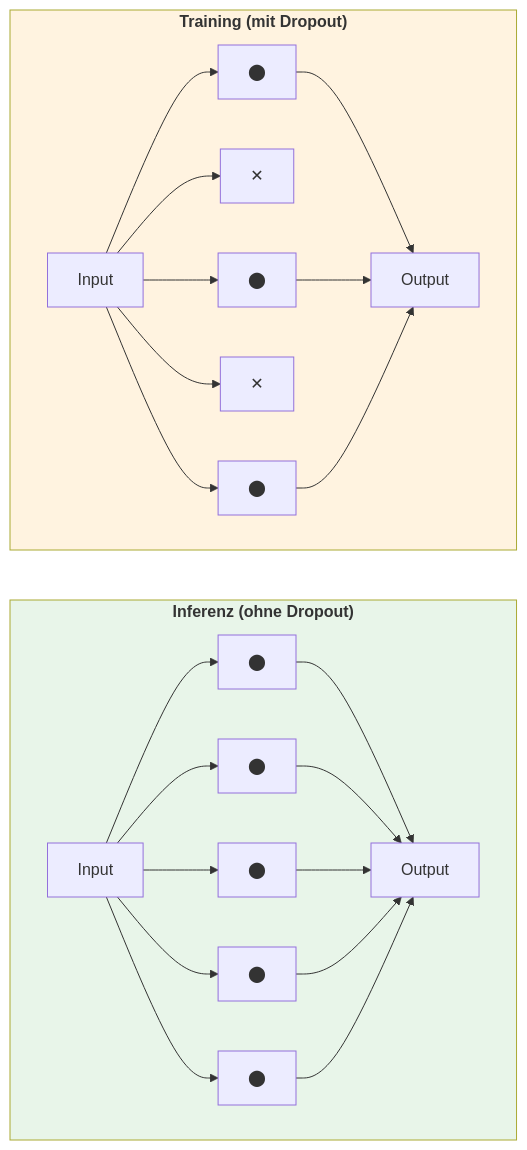
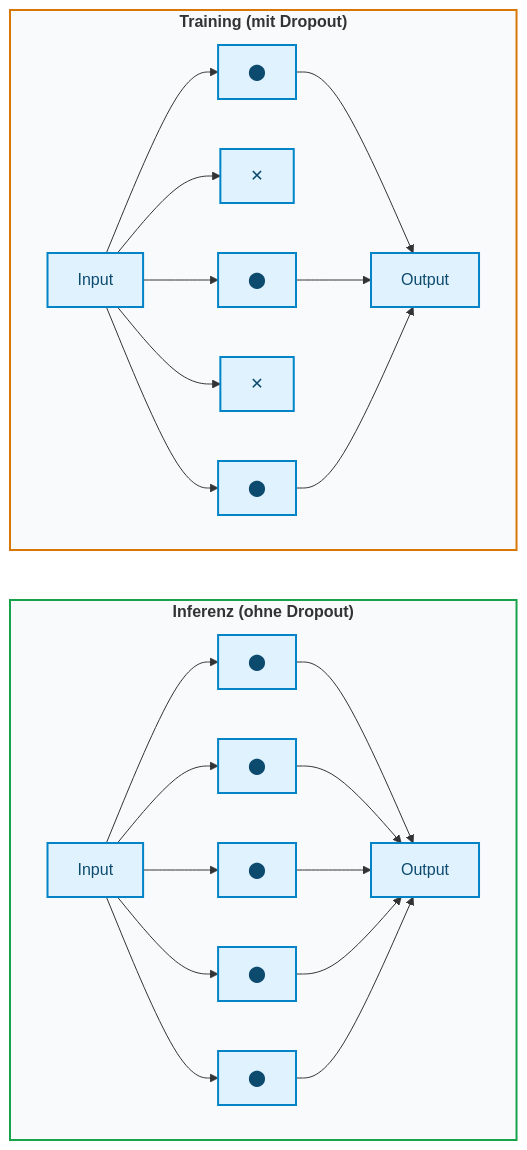
Before and after one commit to ralf-42/ML_Intro: the fourth of 5 diagrams in docs/concepts/evaluate/regularisierung.md, drawn with Mermaid. The commit also changed other lines of this file and 67 other files, not shown here.

````diff
--- a/docs/concepts/evaluate/regularisierung.md
+++ b/docs/concepts/evaluate/regularisierung.md
@@ -385,31 +387,32 @@
 ```mermaid
 flowchart TD
     subgraph training["<b>Training (mit Dropout)"]
         I1["Input"] --> H1["⬤"]
         I1 --> H2["✕"]
         I1 --> H3["⬤"]
         I1 --> H4["✕"]
         I1 --> H5["⬤"]
         H1 --> O1["Output"]
         H3 --> O1
         H5 --> O1
     end
     
     subgraph inference["<b>Inferenz (ohne Dropout)"]
         I2["Input"] --> H6["⬤"]
         I2 --> H7["⬤"]
         I2 --> H8["⬤"]
         I2 --> H9["⬤"]
         I2 --> H10["⬤"]
         H6 --> O2["Output"]
         H7 --> O2
         H8 --> O2
         H9 --> O2
         H10 --> O2
     end
     
     training ~~~ inference
-    
-    style training fill:#fff3e0
-    style inference fill:#e8f5e9
+
+    classDef default fill:#e0f2fe,stroke:#0284c7,stroke-width:2px,color:#0c4a6e;
+    style training fill:#f8fafc,stroke:#d97706,stroke-width:2px
+    style inference fill:#f8fafc,stroke:#16a34a,stroke-width:2px
 ```
````
